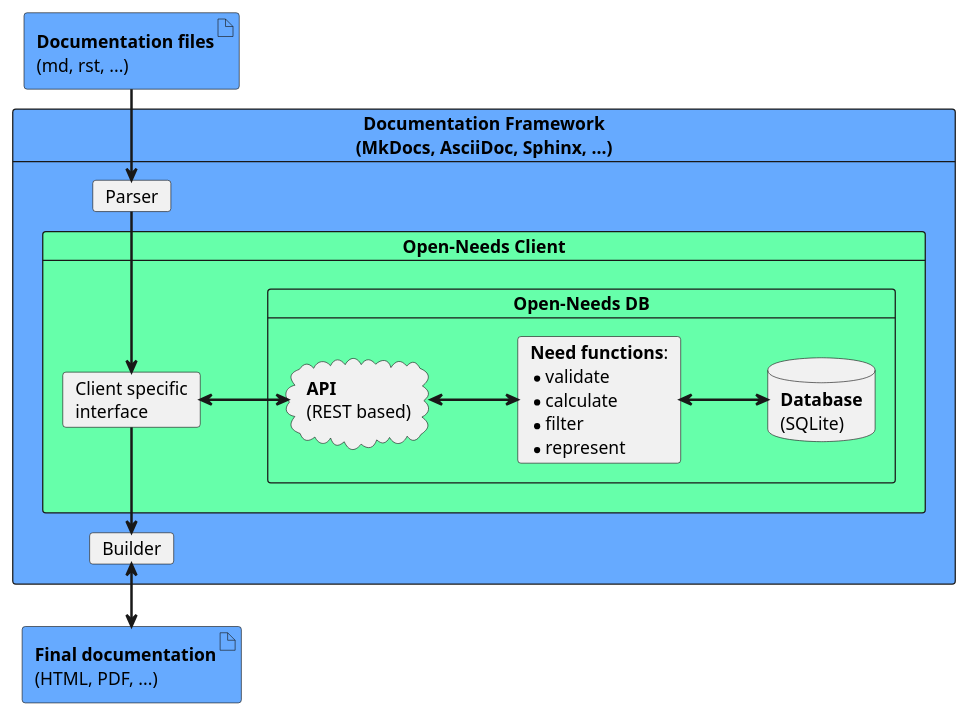
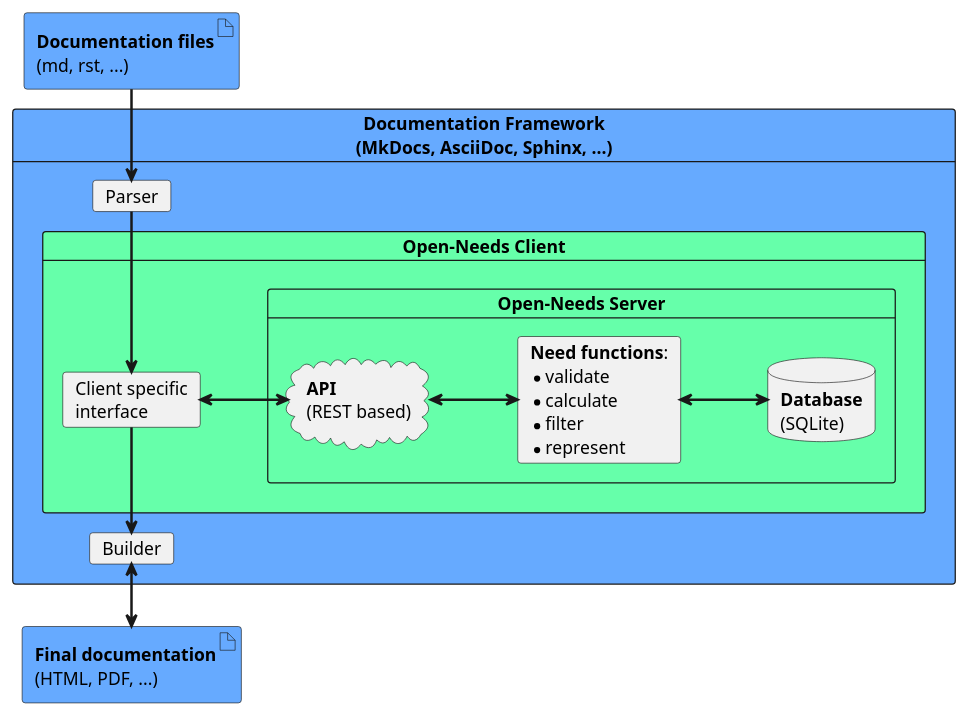
The first of 5 diagrams in docs/index.rst (open-needs/open-needs.github.io), drawn with PlantUML before and after one commit. The commit also changed other lines of this file and 18 other files, not shown here.

Commit message:
DB->Server, Models, Schemas

```diff
--- a/docs/index.rst
+++ b/docs/index.rst
@@ -55,38 +55,38 @@
     .. uml::
        :align: center
 
         @startuml
         skinparam nodesep 70
         skinparam ranksep 50
 
             artifact "**Documentation files**\n(md, rst, ...)" as docs #6af
             card "**Documentation Framework**\n(MkDocs, AsciiDoc, Sphinx, ...)" as df #6af {
                 card "Parser" as parser
                 card "Open-Needs Client" as client #6fa {
                     card "Client specific\ninterface" as interface
 
-                    card "Open-Needs DB" as on {
+                    card "Open-Needs Server" as on {
                         cloud "**API**\n(REST based)" as rest
                         card "**Need functions**:\n*validate\n*calculate\n*filter\n*represent" as func
                         database "**Database**\n(SQLite)" as db
 
                         rest <=> func
                         func <=> db
                     }
                 }
                 card "Builder" as builder
             }
 
 
             artifact "**Final documentation**\n(HTML, PDF, ...)" as final #6af
 
             docs ==> parser
             parser ==> interface
             interface <=> rest
 
             interface ==> builder
 
             builder <==> final
 
 
         @enduml
```
